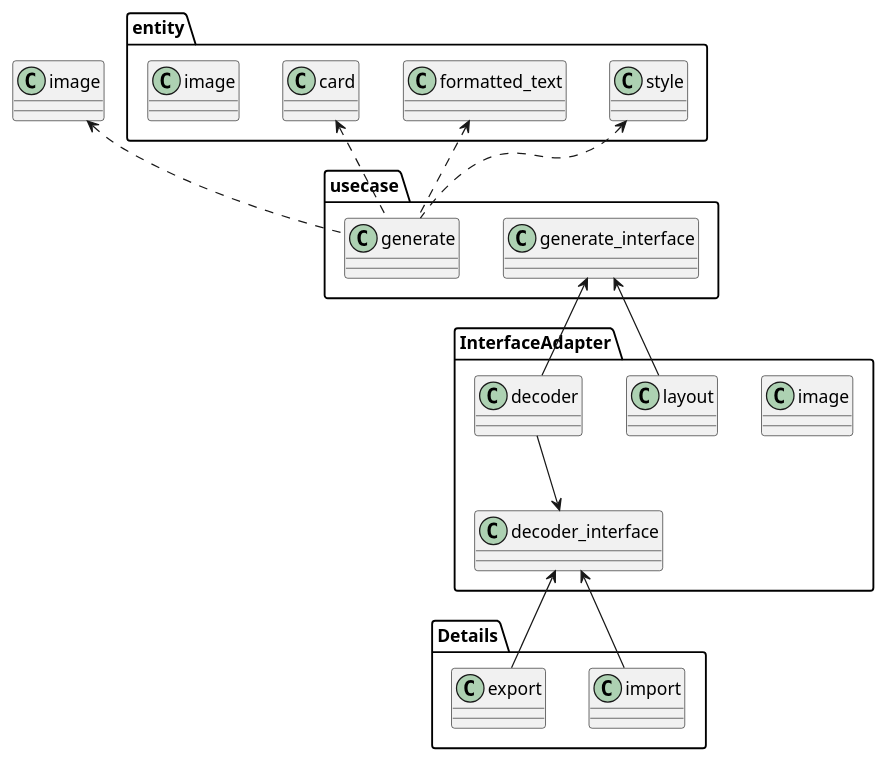
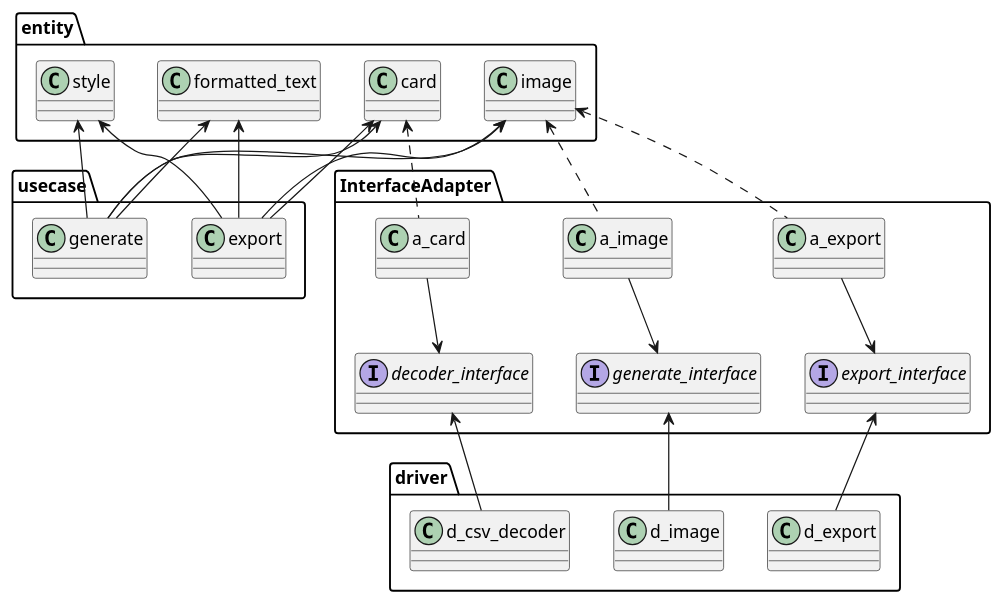
One commit to lapis2411/card-generator changed the diagram in misc/design/class.pu. Above: the diagram before and after it, drawn with PlantUML.

Commit message:
update design

```diff
--- a/misc/design/class.pu
+++ b/misc/design/class.pu
@@ -1,36 +1,48 @@
 @startuml
 top to bottom direction
 package entity {
     class card
     class formatted_text
     class image
     class style
 }
 
 package usecase {
+    class export
     class generate
-    class generate_interface
 }
 
 package InterfaceAdapter{
-    class image
-    class layout
-    class decoder
-    class decoder_interface
+    class a_image
+    interface generate_interface
+    class a_export
+    interface export_interface
+    class a_card
+    interface decoder_interface
 }
 
-package Details {
-    class import
-    class export
+package driver {
+    class d_image
+    class d_export
+    class d_csv_decoder
 }
 
-generate .up.> card
-generate .up.> formatted_text
-generate .up.> image
-generate .up.> style
-layout -up-> generate_interface
-decoder -up-> generate_interface
-decoder -down-> decoder_interface
-import -up-> decoder_interface
-export -up-> decoder_interface
+generate -up-> card
+generate -up-> formatted_text
+generate -up-> image
+generate -up-> style
+export   -up-> card
+export   -up-> formatted_text
+export   -up-> image
+export   -up-> style
+a_image .up.> image
+a_export .up.> image
+a_card .up.> card
+a_image -down-> generate_interface
+a_export -down-> export_interface
+a_card -down-> decoder_interface
+d_image -down-> generate_interface
+d_export -up-> export_interface
+d_csv_decoder -up-> decoder_interface
+
 @enduml
```
